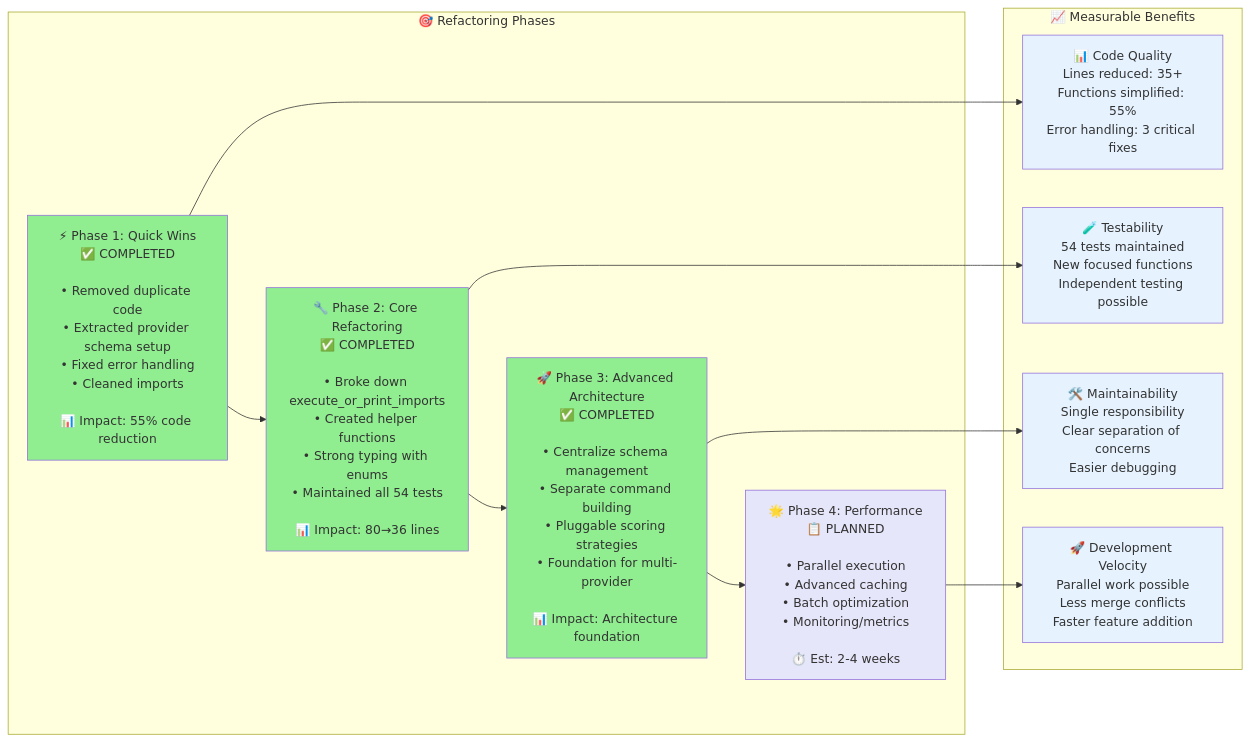
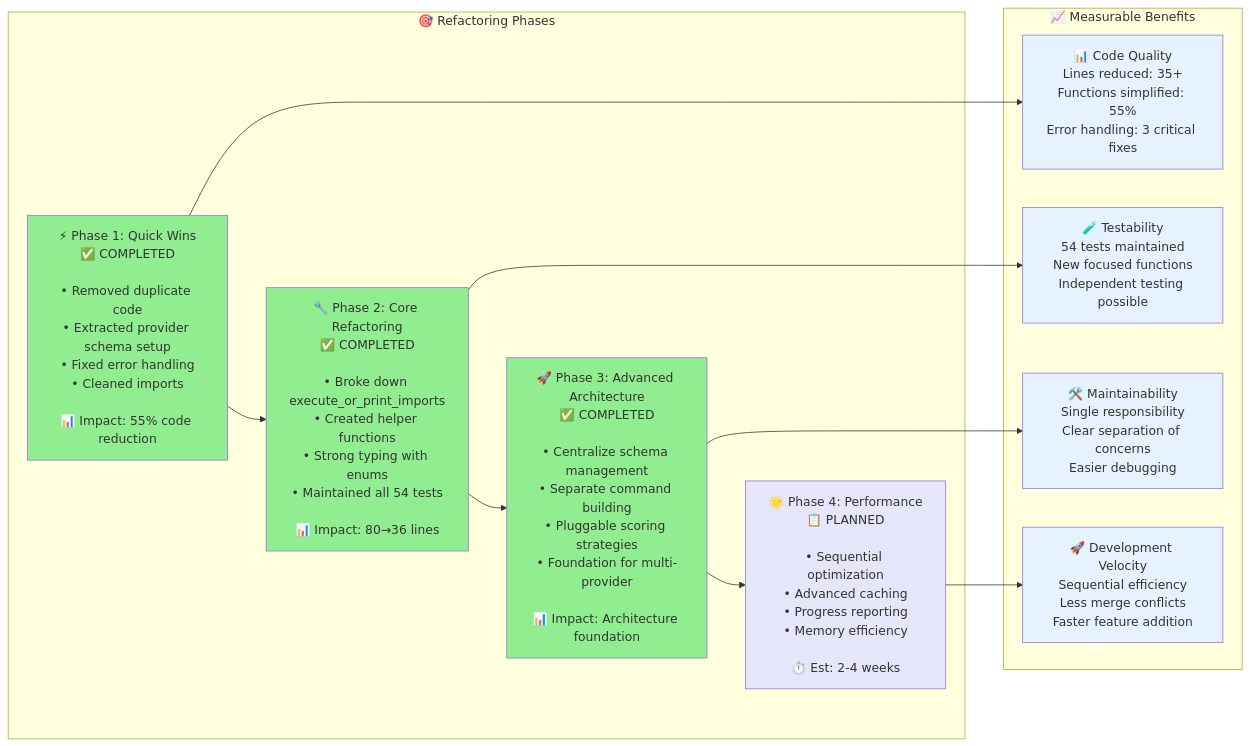
One commit to casibbald/terragrunt-import-from-plan changed the second of 2 diagrams in STACK_OF_TASKS.md. Above: the diagram before and after it, drawn with Mermaid. The commit also changed other lines of this file and 8 other files, not shown here.

Commit message:
initial schema inference

````diff
--- a/STACK_OF_TASKS.md
+++ b/STACK_OF_TASKS.md
@@ -172,40 +378,40 @@
 ```mermaid
 graph LR
     subgraph "🎯 Refactoring Phases"
         Phase1["⚡ Phase 1: Quick Wins<br/>✅ COMPLETED<br/><br/>• Removed duplicate code<br/>• Extracted provider schema setup<br/>• Fixed error handling<br/>• Cleaned imports<br/><br/>📊 Impact: 55% code reduction"]
         
         Phase2["🔧 Phase 2: Core Refactoring<br/>✅ COMPLETED<br/><br/>• Broke down execute_or_print_imports<br/>• Created helper functions<br/>• Strong typing with enums<br/>• Maintained all 54 tests<br/><br/>📊 Impact: 80→36 lines"]
         
         Phase3["🚀 Phase 3: Advanced Architecture<br/>✅ COMPLETED<br/><br/>• Centralize schema management<br/>• Separate command building<br/>• Pluggable scoring strategies<br/>• Foundation for multi-provider<br/><br/>📊 Impact: Architecture foundation"]
         
-        Phase4["🌟 Phase 4: Performance<br/>📋 PLANNED<br/><br/>• Parallel execution<br/>• Advanced caching<br/>• Batch optimization<br/>• Monitoring/metrics<br/><br/>⏱️ Est: 2-4 weeks"]
+        Phase4["🌟 Phase 4: Performance<br/>📋 PLANNED<br/><br/>• Sequential optimization<br/>• Advanced caching<br/>• Progress reporting<br/>• Memory efficiency<br/><br/>⏱️ Est: 2-4 weeks"]
     end
     
     subgraph "📈 Measurable Benefits"
         Benefits1["📊 Code Quality<br/>Lines reduced: 35+<br/>Functions simplified: 55%<br/>Error handling: 3 critical fixes"]
         
         Benefits2["🧪 Testability<br/>54 tests maintained<br/>New focused functions<br/>Independent testing possible"]
         
         Benefits3["🛠️ Maintainability<br/>Single responsibility<br/>Clear separation of concerns<br/>Easier debugging"]
         
-        Benefits4["🚀 Development Velocity<br/>Parallel work possible<br/>Less merge conflicts<br/>Faster feature addition"]
+        Benefits4["🚀 Development Velocity<br/>Sequential efficiency<br/>Less merge conflicts<br/>Faster feature addition"]
     end
     
     Phase1 --> Phase2
     Phase2 --> Phase3
     Phase3 --> Phase4
     
     Phase1 --> Benefits1
     Phase2 --> Benefits2
     Phase3 --> Benefits3
     Phase4 --> Benefits4
     
     style Phase1 fill:#90EE90
     style Phase2 fill:#90EE90
     style Phase3 fill:#90EE90
     style Phase4 fill:#E6E6FA
     style Benefits1 fill:#e6f3ff
     style Benefits2 fill:#e6f3ff
     style Benefits3 fill:#e6f3ff
     style Benefits4 fill:#e6f3ff
 ```
````
